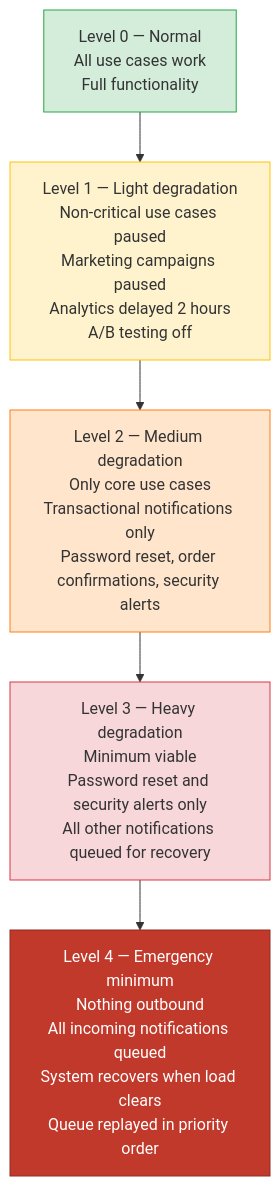
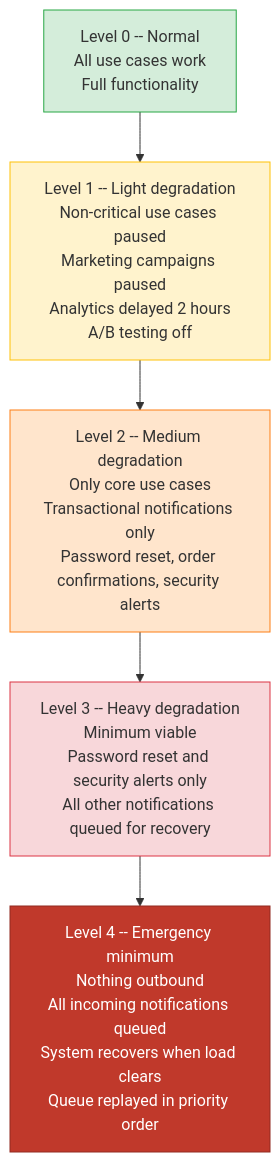
One commit to ranjeetnegi/System-Design-for-Staff-SWE changed diagram 11 of 12 in Section2/Chapter_14_Phase_1_Users_and_Use_Cases.md. Above: the diagram before and after it, drawn with Mermaid. The commit also changed other lines of this file and 20 other files, not shown here.

````diff
--- a/Section2/Chapter_14_Phase_1_Users_and_Use_Cases.md
+++ b/Section2/Chapter_14_Phase_1_Users_and_Use_Cases.md
@@ -2863,14 +2863,14 @@
 ```mermaid
 flowchart TD
-    L0[Level 0 — Normal\nAll use cases work\nFull functionality] --> L1
-    L1[Level 1 — Light degradation\nNon-critical use cases paused\nMarketing campaigns paused\nAnalytics delayed 2 hours\nA/B testing off] --> L2
-    L2[Level 2 — Medium degradation\nOnly core use cases\nTransactional notifications only\nPassword reset, order confirmations, security alerts] --> L3
-    L3[Level 3 — Heavy degradation\nMinimum viable\nPassword reset and security alerts only\nAll other notifications queued for recovery] --> L4
-    L4[Level 4 — Emergency minimum\nNothing outbound\nAll incoming notifications queued\nSystem recovers when load clears\nQueue replayed in priority order]
+    L0[Level 0 -- Normal\nAll use cases work\nFull functionality] --> L1
+    L1[Level 1 -- Light degradation\nNon-critical use cases paused\nMarketing campaigns paused\nAnalytics delayed 2 hours\nA/B testing off] --> L2
+    L2[Level 2 -- Medium degradation\nOnly core use cases\nTransactional notifications only\nPassword reset, order confirmations, security alerts] --> L3
+    L3[Level 3 -- Heavy degradation\nMinimum viable\nPassword reset and security alerts only\nAll other notifications queued for recovery] --> L4
+    L4[Level 4 -- Emergency minimum\nNothing outbound\nAll incoming notifications queued\nSystem recovers when load clears\nQueue replayed in priority order]
 
     style L0 fill:#d4edda,stroke:#28a745
     style L1 fill:#fff3cd,stroke:#ffc107
     style L2 fill:#ffe5cc,stroke:#fd7e14
     style L3 fill:#f8d7da,stroke:#dc3545
     style L4 fill:#c0392b,color:#fff,stroke:#922b21
 ```
````
